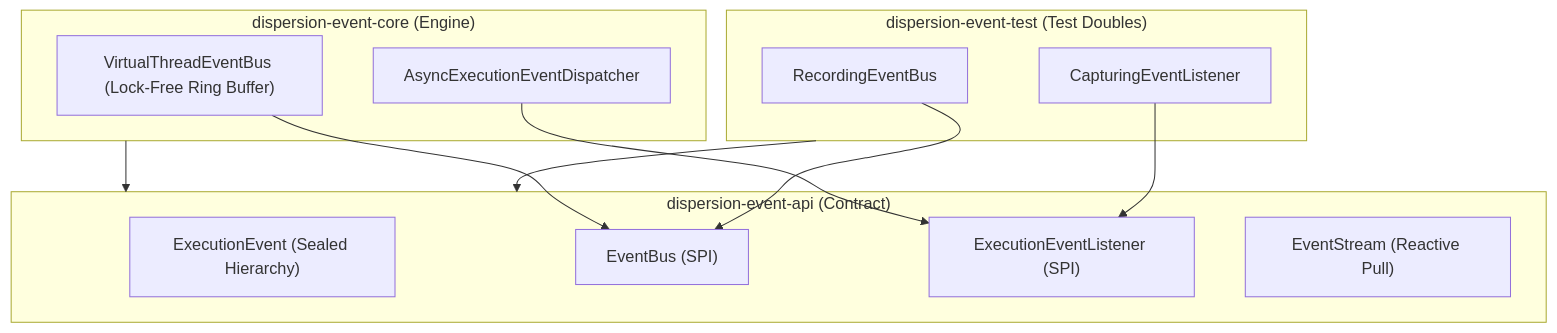
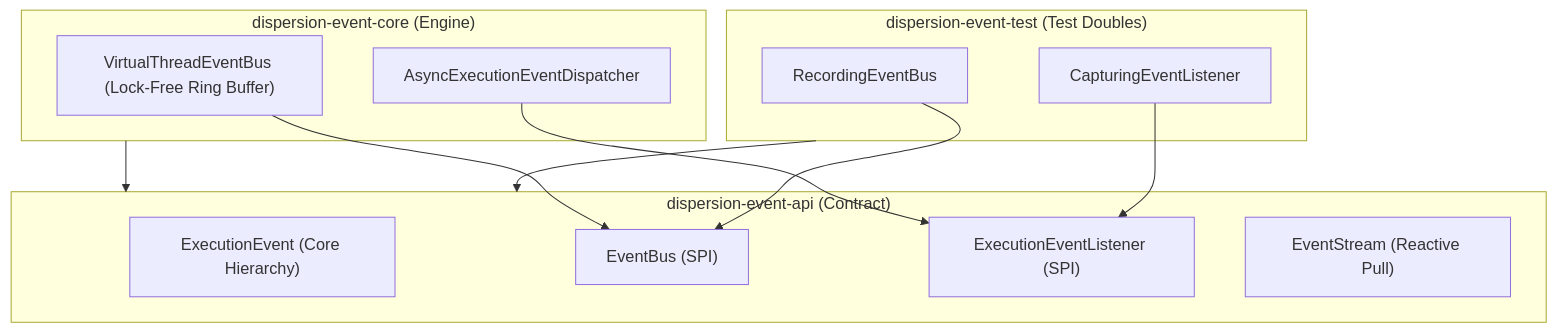
One commit to f442y/dispersion changed the diagram in event/README.md. Above: the diagram before and after it, drawn with Mermaid. The commit also changed other lines of this file and 58 other files, not shown here.

Commit message:
refactor(arch): decouple routing and event hierarchy, decompose orchestration into nested batch and messaging modules

````diff
--- a/event/README.md
+++ b/event/README.md
@@ -11,26 +11,26 @@
 ```mermaid
 graph TD
     subgraph API["dispersion-event-api (Contract)"]
-        EE["ExecutionEvent (Sealed Hierarchy)"]
+        EE["ExecutionEvent (Core Hierarchy)"]
         EB["EventBus (SPI)"]
         EEL["ExecutionEventListener (SPI)"]
         ES["EventStream (Reactive Pull)"]
     end
 
     subgraph Core["dispersion-event-core (Engine)"]
         VTEB["VirtualThreadEventBus (Lock-Free Ring Buffer)"]
         AEED["AsyncExecutionEventDispatcher"]
         VTEB --> EB
         AEED --> EEL
     end
 
     subgraph Test["dispersion-event-test (Test Doubles)"]
         REB["RecordingEventBus"]
         CEL["CapturingEventListener"]
         REB --> EB
         CEL --> EEL
     end
 
     Core --> API
     Test --> API
 ```
````
